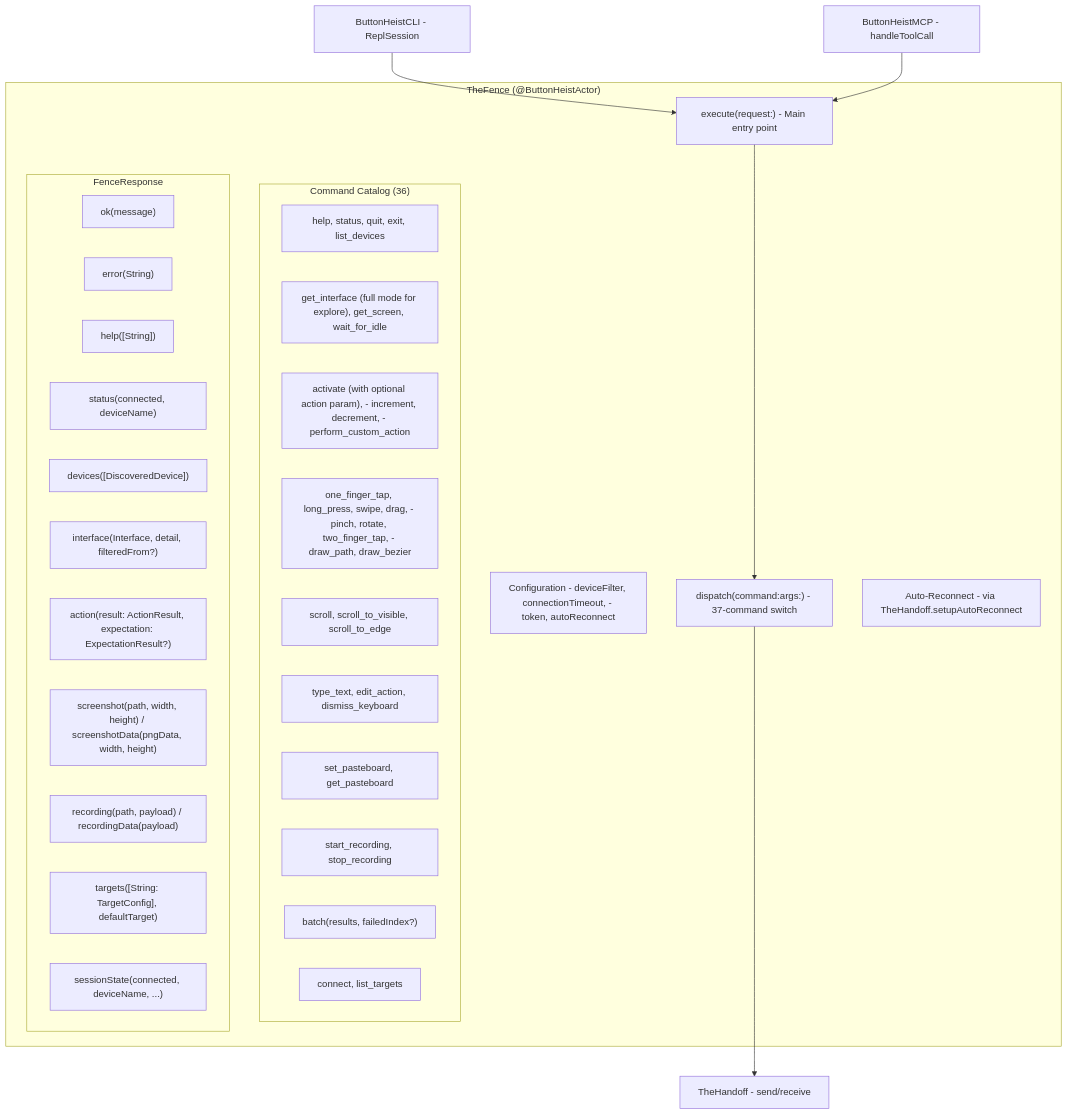
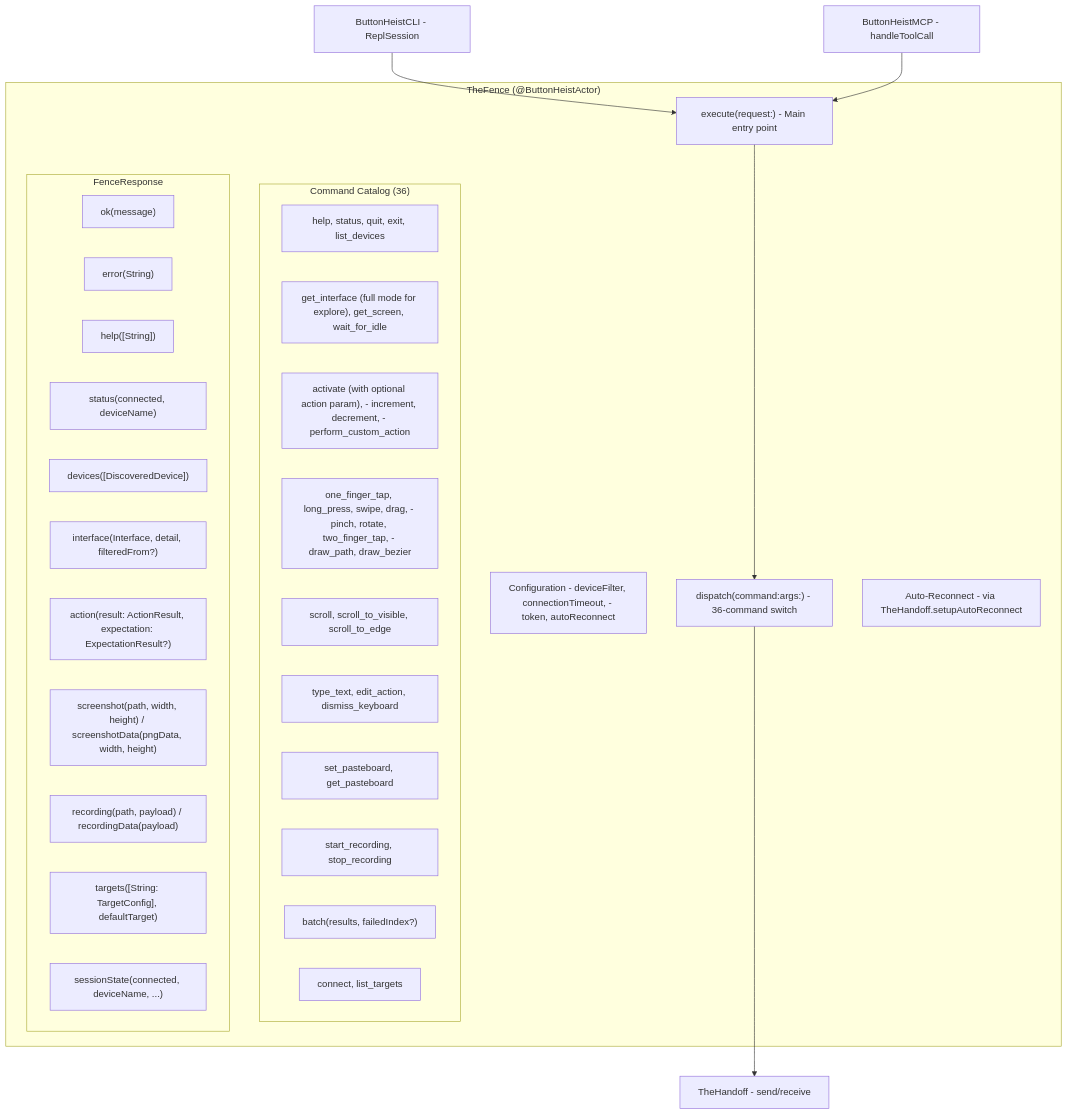
The first of 3 diagrams in docs/dossiers/10-THEFENCE.md (RoyalPineapple/TheButtonHeist), drawn with Mermaid before and after one commit. The commit also changed other lines of this file and 3 other files, not shown here.

````diff
--- a/docs/dossiers/10-THEFENCE.md
+++ b/docs/dossiers/10-THEFENCE.md
@@ -25,42 +25,42 @@
 ```mermaid
 graph TD
     subgraph TheFence["TheFence (@ButtonHeistActor)"]
         Config["Configuration - deviceFilter, connectionTimeout, - token, autoReconnect"]
         Execute["execute(request:) - Main entry point"]
-        Dispatch["dispatch(command:args:) - 37-command switch"]
+        Dispatch["dispatch(command:args:) - 36-command switch"]
         Reconnect["Auto-Reconnect - via TheHandoff.setupAutoReconnect"]
 
         subgraph Commands["Command Catalog (36)"]
             Conn["help, status, quit, exit, list_devices"]
             IF["get_interface (full mode for explore), get_screen, wait_for_idle"]
             Access["activate (with optional action param), - increment, decrement, - perform_custom_action"]
             Gesture["one_finger_tap, long_press, swipe, drag, - pinch, rotate, two_finger_tap, - draw_path, draw_bezier"]
             Scroll["scroll, scroll_to_visible, scroll_to_edge"]
             Text["type_text, edit_action, dismiss_keyboard"]
             Pasteboard["set_pasteboard, get_pasteboard"]
             Rec["start_recording, stop_recording"]
             Batch["run_batch, get_session_state, wait_for"]
             Target["connect, list_targets"]
         end
 
         subgraph Response["FenceResponse"]
             Ok["ok(message)"]
             Err["error(String)"]
             Help["help([String])"]
             Status["status(connected, deviceName)"]
             DevList["devices([DiscoveredDevice])"]
             IFResp["interface(Interface, detail, filteredFrom?)"]
             Action["action(result: ActionResult, expectation: ExpectationResult?)"]
             Screenshot["screenshot(path, width, height) / screenshotData(pngData, width, height)"]
             Recording["recording(path, payload) / recordingData(payload)"]
             Targets["targets([String: TargetConfig], defaultTarget)"]
             Batch["batch(results, failedIndex?)"]
             SessionState["sessionState(connected, deviceName, ...)"]
         end
     end
 
     CLI["ButtonHeistCLI - ReplSession"] --> Execute
     MCP["ButtonHeistMCP - handleToolCall"] --> Execute
     Execute --> Dispatch
     Dispatch --> Client["TheHandoff - send/receive"]
 ```
````
